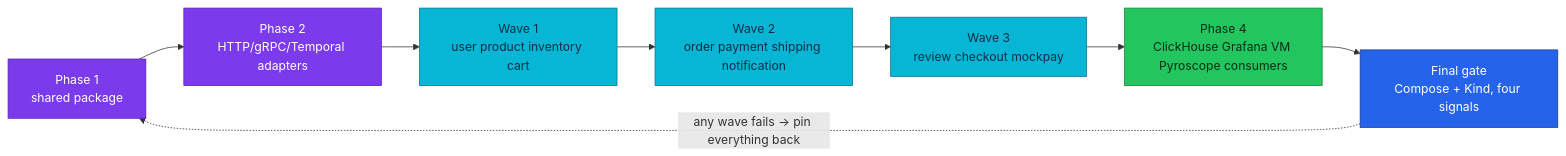
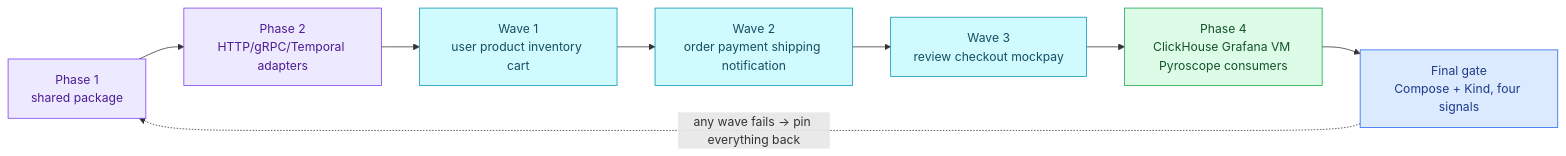
The diagram in docs/proposals/adr/ADR-072-telemetry-clean-cutover/README.md (duynhlab/homelab), drawn with Mermaid before and after one commit. The commit also changed 174 other files, not shown here.

First line of the commit message:
Soft-tint diagram palette, a signal-flow diagram, a Linux-ready Draw.io skill

````diff
--- a/docs/proposals/adr/ADR-072-telemetry-clean-cutover/README.md
+++ b/docs/proposals/adr/ADR-072-telemetry-clean-cutover/README.md
@@ -102,19 +102,19 @@
 ```mermaid
 flowchart LR
     P["Phase 1<br/>shared package"] --> A["Phase 2<br/>HTTP/gRPC/Temporal adapters"]
     A --> W1["Wave 1<br/>user product inventory cart"]
     W1 --> W2["Wave 2<br/>order payment shipping notification"]
     W2 --> W3["Wave 3<br/>review checkout mockpay"]
     W3 --> C["Phase 4<br/>ClickHouse Grafana VM Pyroscope consumers"]
     C --> G["Final gate<br/>Compose + Kind, four signals"]
     G -.->|"any wave fails → pin everything back"| P
 
-    classDef platform fill:#7c3aed,color:#fff,stroke:#5b21b6;
-    classDef service fill:#06b6d4,color:#082f49,stroke:#0e7490;
-    classDef data fill:#22c55e,color:#052e16,stroke:#15803d;
-    classDef edge fill:#2563eb,color:#fff,stroke:#1e3a8a;
+    classDef platform fill:#ede9fe,color:#4c1d95,stroke:#7c3aed;
+    classDef service fill:#cffafe,color:#164e63,stroke:#0891b2;
+    classDef data fill:#dcfce7,color:#14532d,stroke:#16a34a;
+    classDef edge fill:#dbeafe,color:#1e3a8a,stroke:#2563eb;
     class P,A platform;
     class W1,W2,W3 service;
     class C data;
     class G edge;
 ```
````
